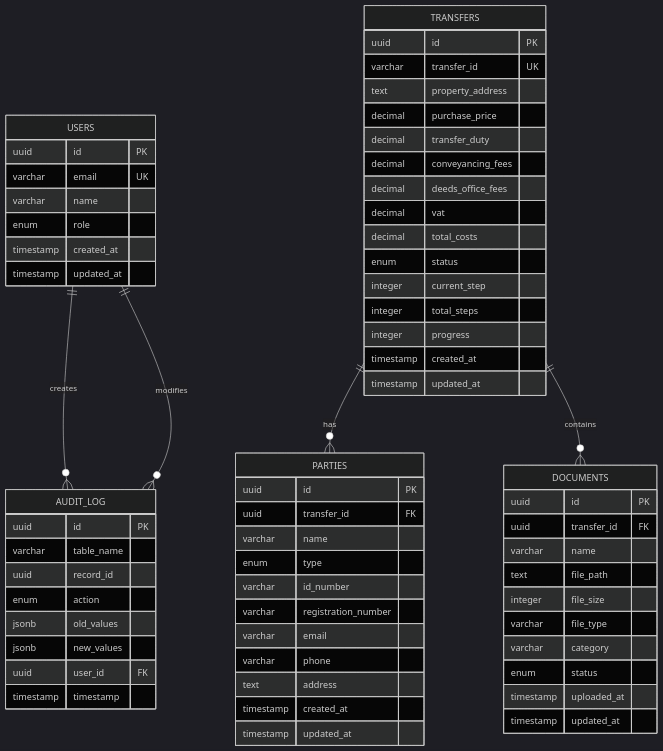
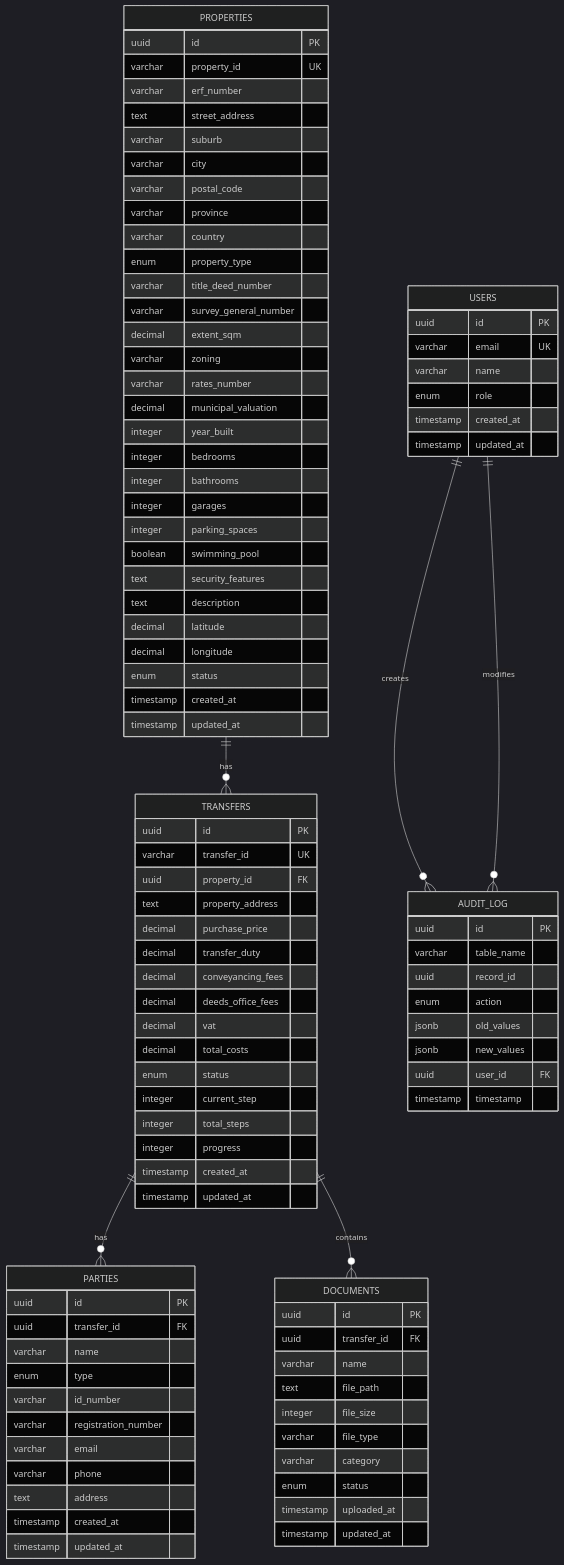
The diagram in docs/ERD_Mermaid.md (LegitifyZa/conveyhub-transfers), drawn with Mermaid (dark theme) before and after one commit. The commit also changed other lines of this file and 62 other files, not shown here.

First line of the commit message:
feat: add Properties table to ERD and database schema

```diff
--- a/docs/ERD_Mermaid.md
+++ b/docs/ERD_Mermaid.md
@@ -13,9 +13,42 @@
         timestamp updated_at
     }
     
+    PROPERTIES {
+        uuid id PK
+        varchar property_id UK
+        varchar erf_number
+        text street_address
+        varchar suburb
+        varchar city
+        varchar postal_code
+        varchar province
+        varchar country
+        enum property_type
+        varchar title_deed_number
+        varchar survey_general_number
+        decimal extent_sqm
+        varchar zoning
+        varchar rates_number
+        decimal municipal_valuation
+        integer year_built
+        integer bedrooms
+        integer bathrooms
+        integer garages
+        integer parking_spaces
+        boolean swimming_pool
+        text security_features
+        text description
+        decimal latitude
+        decimal longitude
+        enum status
+        timestamp created_at
+        timestamp updated_at
+    }
+    
     TRANSFERS {
         uuid id PK
         varchar transfer_id UK
+        uuid property_id FK
         text property_address
         decimal purchase_price
         decimal transfer_duty
@@ -70,6 +103,7 @@
     }
     
     USERS ||--o{ AUDIT_LOG : creates
+    PROPERTIES ||--o{ TRANSFERS : has
     TRANSFERS ||--o{ PARTIES : has
     TRANSFERS ||--o{ DOCUMENTS : contains
     USERS ||--o{ AUDIT_LOG : modifies
```
